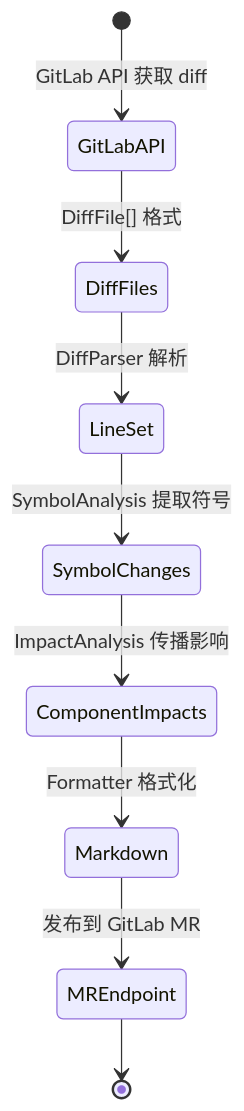
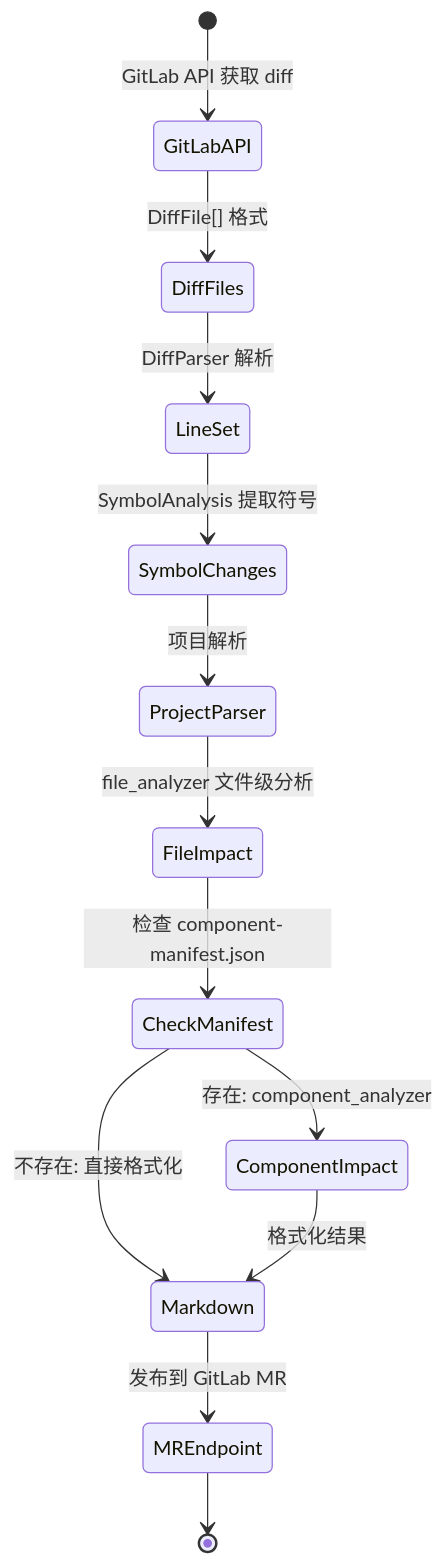
Before and after one commit to Flying-Bird1999/analyzer-ts: diagram 12 of 13 in pkg/ARCHITECTURE.md, drawn with Mermaid. The commit also changed other lines of this file and 64 other files, not shown here.

````diff
--- a/pkg/ARCHITECTURE.md
+++ b/pkg/ARCHITECTURE.md
@@ -408,11 +584,17 @@
 ```mermaid
 stateDiagram-v2
     [*] --> GitLabAPI: GitLab API 获取 diff
     GitLabAPI --> DiffFiles: DiffFile[] 格式
     DiffFiles --> LineSet: DiffParser 解析
     LineSet --> SymbolChanges: SymbolAnalysis 提取符号
-    SymbolChanges --> ComponentImpacts: ImpactAnalysis 传播影响
-    ComponentImpacts --> Markdown: Formatter 格式化
+    SymbolChanges --> ProjectParser: 项目解析
+    ProjectParser --> FileImpact: file_analyzer 文件级分析
+
+    FileImpact --> CheckManifest: 检查 component-manifest.json
+    CheckManifest --> ComponentImpact: 存在: component_analyzer
+    CheckManifest --> Markdown: 不存在: 直接格式化
+
+    ComponentImpact --> Markdown: 格式化结果
     Markdown --> MREndpoint: 发布到 GitLab MR
     MREndpoint --> [*]
 ```
````
